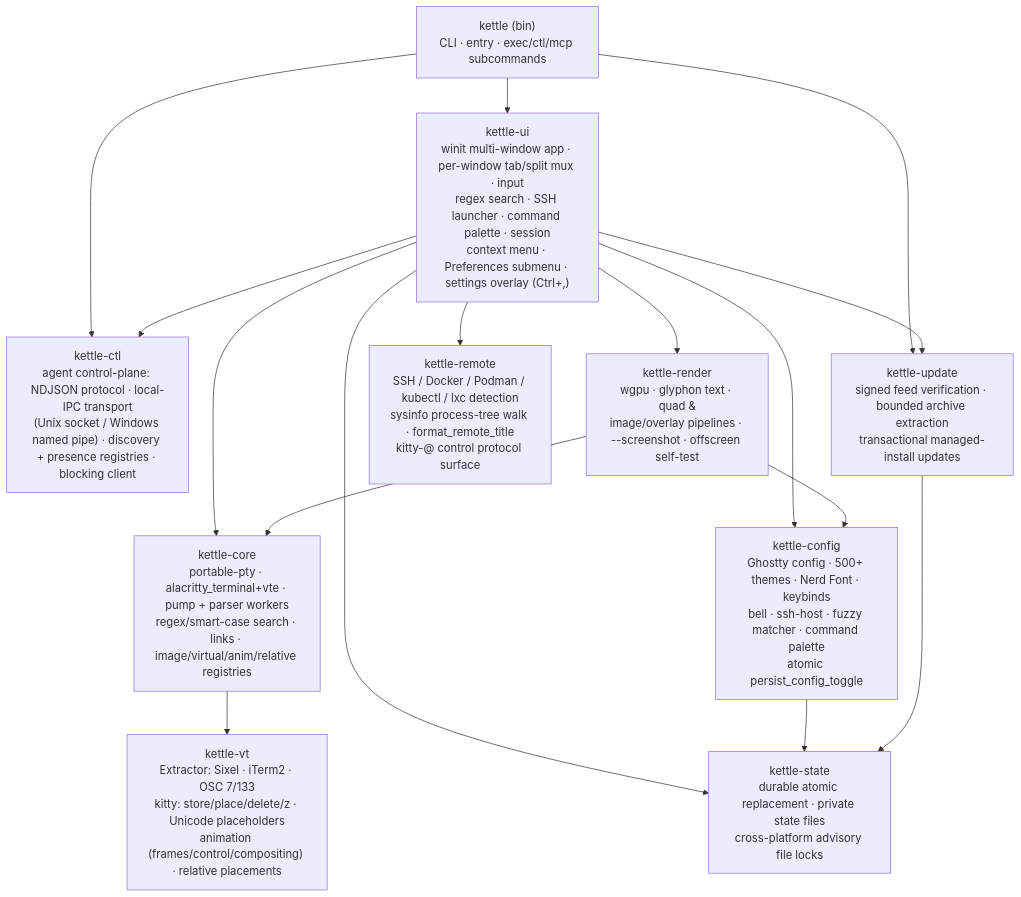
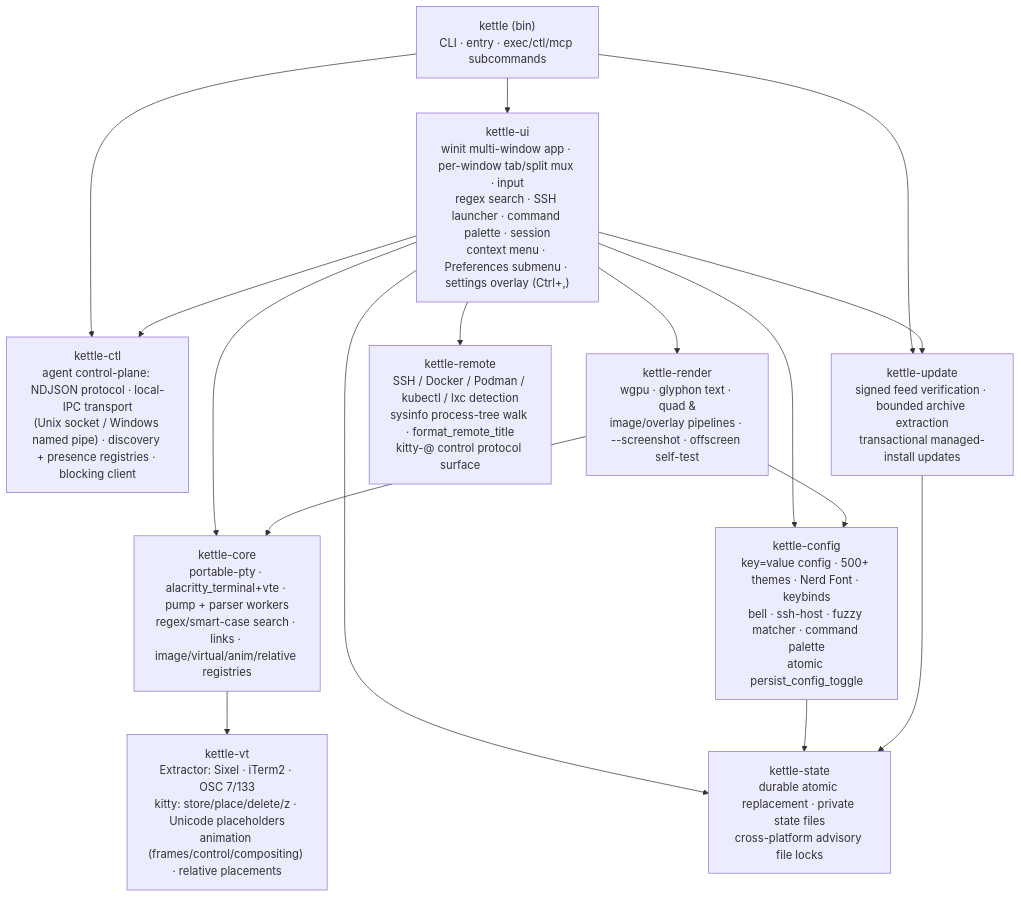
Before and after one commit to Reddimus/kettle: the first of 11 diagrams in docs/ARCHITECTURE.md, drawn with Mermaid. The commit also changed other lines of this file and 30 other files, not shown here.

````diff
--- a/docs/ARCHITECTURE.md
+++ b/docs/ARCHITECTURE.md
@@ -10,22 +10,22 @@
 ```mermaid
 graph TD
     bin["kettle (bin)<br/>CLI · entry · exec/ctl/mcp subcommands"] --> ui
     bin --> ctl
     bin --> update
     ui["kettle-ui<br/>winit multi-window app · per-window tab/split mux · input<br/>regex search · SSH launcher · command palette · session<br/>context menu · Preferences submenu · settings overlay (Ctrl+,)"] --> render
     ui --> core
     ui --> cfg
     ui --> remote
     ui --> ctl
     ui --> state
     ui --> update
     ctl["kettle-ctl<br/>agent control-plane: NDJSON protocol · local-IPC transport<br/>(Unix socket / Windows named pipe) · discovery + presence registries · blocking client"]
     render["kettle-render<br/>wgpu · glyphon text · quad &<br/>image/overlay pipelines · --screenshot · offscreen self-test"] --> core
     render --> cfg
     core["kettle-core<br/>portable-pty · alacritty_terminal+vte · pump + parser workers<br/>regex/smart-case search · links · image/virtual/anim/relative registries"] --> vt
-    cfg["kettle-config<br/>Ghostty config · 500+ themes · Nerd Font · keybinds<br/>bell · ssh-host · fuzzy matcher · command palette<br/>atomic persist_config_toggle"] --> state
+    cfg["kettle-config<br/>key=value config · 500+ themes · Nerd Font · keybinds<br/>bell · ssh-host · fuzzy matcher · command palette<br/>atomic persist_config_toggle"] --> state
     vt["kettle-vt<br/>Extractor: Sixel · iTerm2 · OSC 7/133<br/>kitty: store/place/delete/z · Unicode placeholders<br/>animation (frames/control/compositing) · relative placements"]
     remote["kettle-remote<br/>SSH / Docker / Podman / kubectl / lxc detection<br/>sysinfo process-tree walk · format_remote_title<br/>kitty-@ control protocol surface"]
     update["kettle-update<br/>signed feed verification · bounded archive extraction<br/>transactional managed-install updates"] --> state
     state["kettle-state<br/>durable atomic replacement · private state files<br/>cross-platform advisory file locks"]
 ```
````
